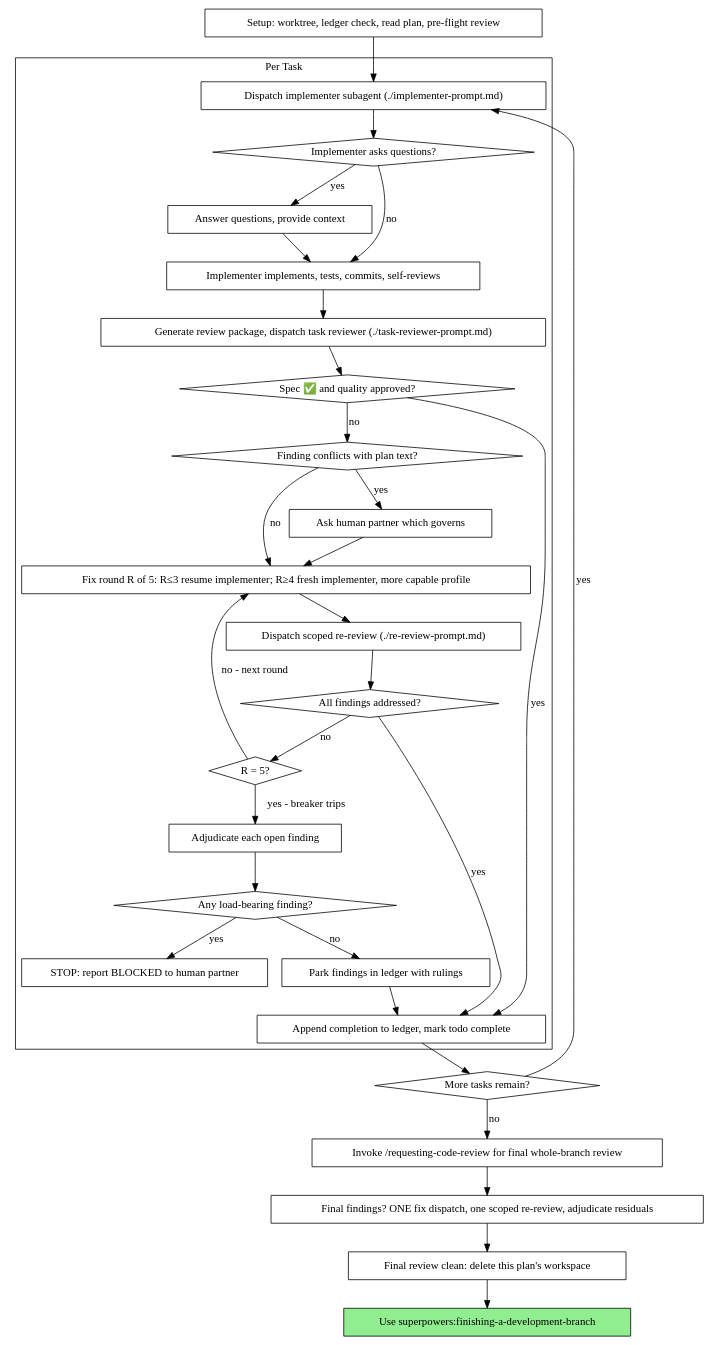
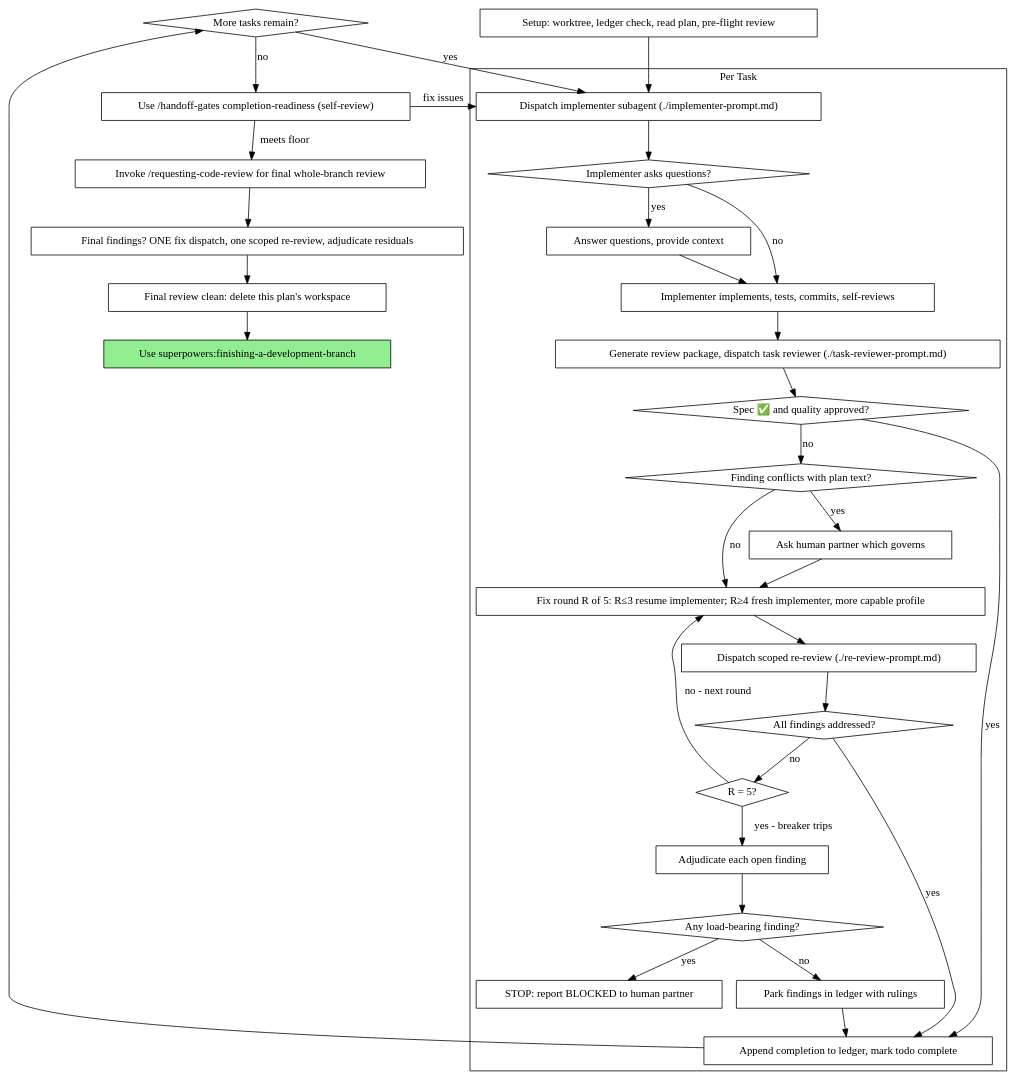
The second of 2 diagrams in .agents/skills/subagent-driven-development/SKILL.md (HarleyBartles/agent-asset-marketplace), drawn with Graphviz before and after one commit. The commit also changed 6 other files, not shown here.

Commit message:
refactor: combine self-review and readiness gate for planning and implementation

````diff
--- a/.agents/skills/subagent-driven-development/SKILL.md
+++ b/.agents/skills/subagent-driven-development/SKILL.md
@@ -77,62 +77,65 @@
 ```dot
 digraph process {
     rankdir=TB;
 
     subgraph cluster_per_task {
         label="Per Task";
         "Dispatch implementer subagent (./implementer-prompt.md)" [shape=box];
         "Implementer asks questions?" [shape=diamond];
         "Answer questions, provide context" [shape=box];
         "Implementer implements, tests, commits, self-reviews" [shape=box];
         "Generate review package, dispatch task reviewer (./task-reviewer-prompt.md)" [shape=box];
         "Spec ✅ and quality approved?" [shape=diamond];
         "Finding conflicts with plan text?" [shape=diamond];
         "Ask human partner which governs" [shape=box];
         "Fix round R of 5: R≤3 resume implementer; R≥4 fresh implementer, more capable profile" [shape=box];
         "Dispatch scoped re-review (./re-review-prompt.md)" [shape=box];
         "All findings addressed?" [shape=diamond];
         "R = 5?" [shape=diamond];
         "Adjudicate each open finding" [shape=box];
         "Any load-bearing finding?" [shape=diamond];
         "STOP: report BLOCKED to human partner" [shape=box];
         "Park findings in ledger with rulings" [shape=box];
         "Append completion to ledger, mark todo complete" [shape=box];
     }
 
     "Setup: worktree, ledger check, read plan, pre-flight review" [shape=box];
     "More tasks remain?" [shape=diamond];
+    "Use /handoff-gates completion-readiness (self-review)" [shape=box];
     "Invoke /requesting-code-review for final whole-branch review" [shape=box];
     "Final findings? ONE fix dispatch, one scoped re-review, adjudicate residuals" [shape=box];
     "Final review clean: delete this plan's workspace" [shape=box];
     "Use superpowers:finishing-a-development-branch" [shape=box style=filled fillcolor=lightgreen];
 
     "Setup: worktree, ledger check, read plan, pre-flight review" -> "Dispatch implementer subagent (./implementer-prompt.md)";
     "Dispatch implementer subagent (./implementer-prompt.md)" -> "Implementer asks questions?";
     "Implementer asks questions?" -> "Answer questions, provide context" [label="yes"];
     "Answer questions, provide context" -> "Implementer implements, tests, commits, self-reviews";
     "Implementer asks questions?" -> "Implementer implements, tests, commits, self-reviews" [label="no"];
     "Implementer implements, tests, commits, self-reviews" -> "Generate review package, dispatch task reviewer (./task-reviewer-prompt.md)";
     "Generate review package, dispatch task reviewer (./task-reviewer-prompt.md)" -> "Spec ✅ and quality approved?";
     "Spec ✅ and quality approved?" -> "Append completion to ledger, mark todo complete" [label="yes"];
     "Spec ✅ and quality approved?" -> "Finding conflicts with plan text?" [label="no"];
     "Finding conflicts with plan text?" -> "Ask human partner which governs" [label="yes"];
     "Ask human partner which governs" -> "Fix round R of 5: R≤3 resume implementer; R≥4 fresh implementer, more capable profile";
     "Finding conflicts with plan text?" -> "Fix round R of 5: R≤3 resume implementer; R≥4 fresh implementer, more capable profile" [label="no"];
     "Fix round R of 5: R≤3 resume implementer; R≥4 fresh implementer, more capable profile" -> "Dispatch scoped re-review (./re-review-prompt.md)";
     "Dispatch scoped re-review (./re-review-prompt.md)" -> "All findings addressed?";
     "All findings addressed?" -> "Append completion to ledger, mark todo complete" [label="yes"];
     "All findings addressed?" -> "R = 5?" [label="no"];
     "R = 5?" -> "Fix round R of 5: R≤3 resume implementer; R≥4 fresh implementer, more capable profile" [label="no - next round"];
     "R = 5?" -> "Adjudicate each open finding" [label="yes - breaker trips"];
     "Adjudicate each open finding" -> "Any load-bearing finding?";
     "Any load-bearing finding?" -> "STOP: report BLOCKED to human partner" [label="yes"];
     "Any load-bearing finding?" -> "Park findings in ledger with rulings" [label="no"];
     "Park findings in ledger with rulings" -> "Append completion to ledger, mark todo complete";
     "Append completion to ledger, mark todo complete" -> "More tasks remain?";
     "More tasks remain?" -> "Dispatch implementer subagent (./implementer-prompt.md)" [label="yes"];
-    "More tasks remain?" -> "Invoke /requesting-code-review for final whole-branch review" [label="no"];
+    "More tasks remain?" -> "Use /handoff-gates completion-readiness (self-review)" [label="no"];
+    "Use /handoff-gates completion-readiness (self-review)" -> "Invoke /requesting-code-review for final whole-branch review" [label="meets floor"];
+    "Use /handoff-gates completion-readiness (self-review)" -> "Dispatch implementer subagent (./implementer-prompt.md)" [label="fix issues"];
     "Invoke /requesting-code-review for final whole-branch review" -> "Final findings? ONE fix dispatch, one scoped re-review, adjudicate residuals";
     "Final findings? ONE fix dispatch, one scoped re-review, adjudicate residuals" -> "Final review clean: delete this plan's workspace";
     "Final review clean: delete this plan's workspace" -> "Use superpowers:finishing-a-development-branch";
 }
 ```
````
